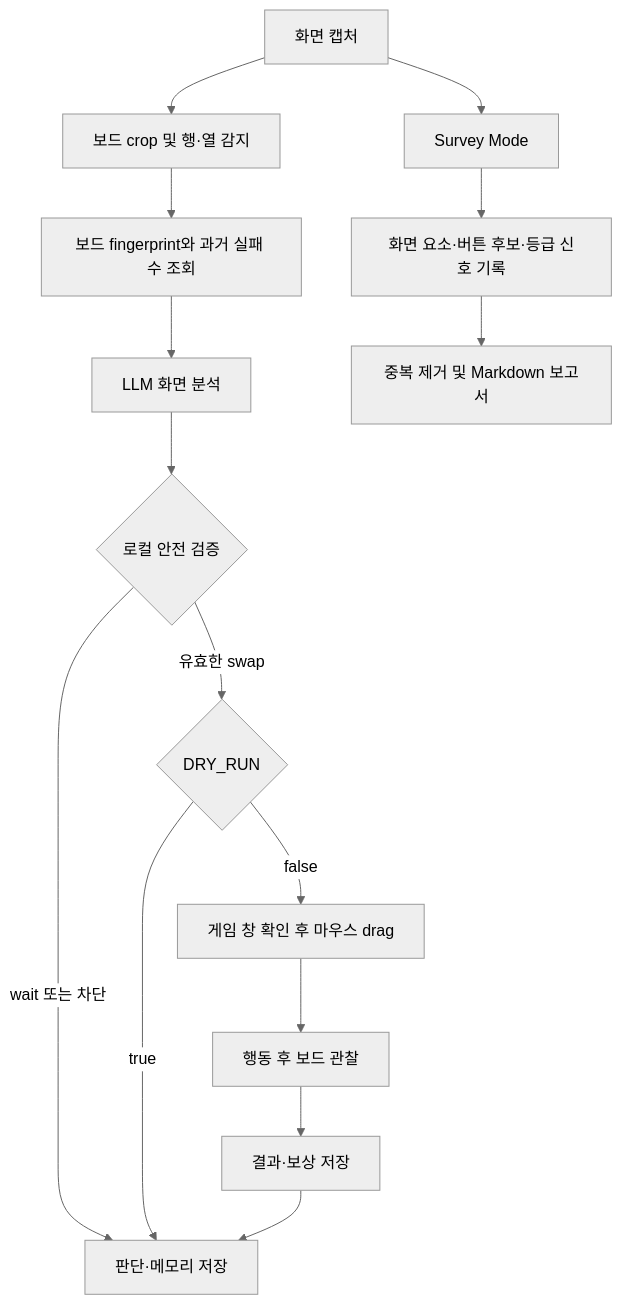
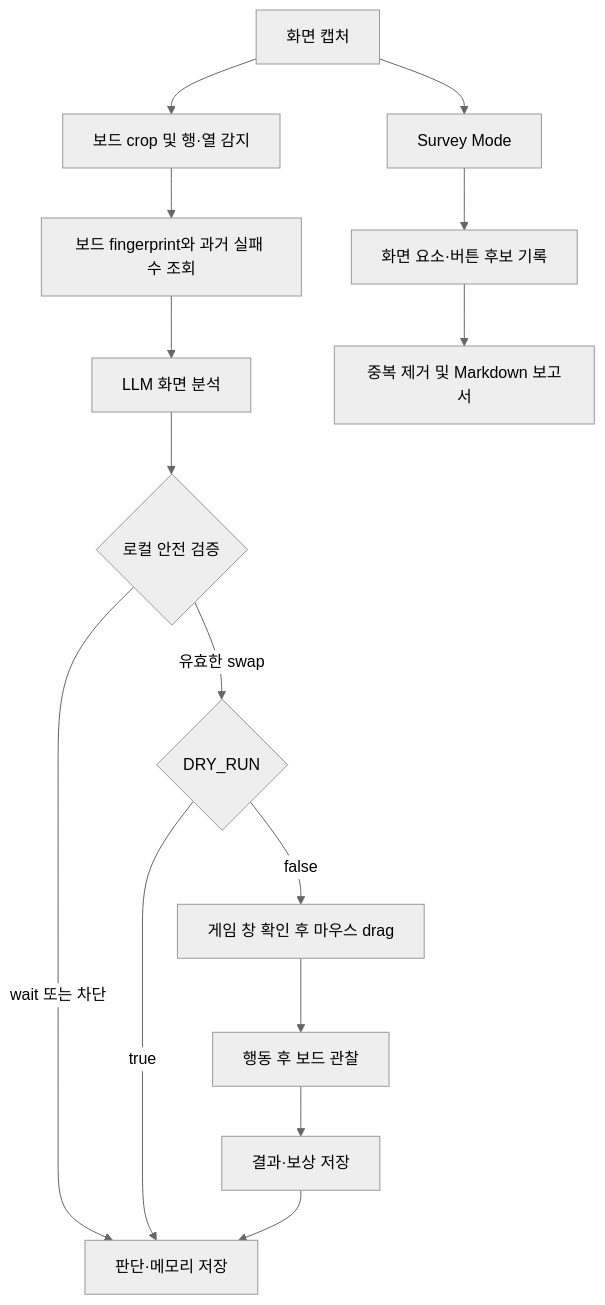
The diagram in README.md (IanHa09/SugarCrushSoda_GA), drawn with Mermaid (neutral theme) before and after one commit. The commit also changed other lines of this file and 43 other files, not shown here.

````diff
--- a/README.md
+++ b/README.md
@@ -23,17 +23,17 @@
 ```mermaid
 flowchart TD
     A[화면 캡처] --> B[보드 crop 및 행·열 감지]
     B --> C[보드 fingerprint와 과거 실패 수 조회]
     C --> D[LLM 화면 분석]
     D --> E{로컬 안전 검증}
     E -->|wait 또는 차단| F[판단·메모리 저장]
     E -->|유효한 swap| G{DRY_RUN}
     G -->|true| F
     G -->|false| H[게임 창 확인 후 마우스 drag]
     H --> I[행동 후 보드 관찰]
     I --> J[결과·보상 저장]
     J --> F
     A --> K[Survey Mode]
-    K --> L[화면 요소·버튼 후보·등급 신호 기록]
+    K --> L[화면 요소·버튼 후보 기록]
     L --> M[중복 제거 및 Markdown 보고서]
 ```
````
